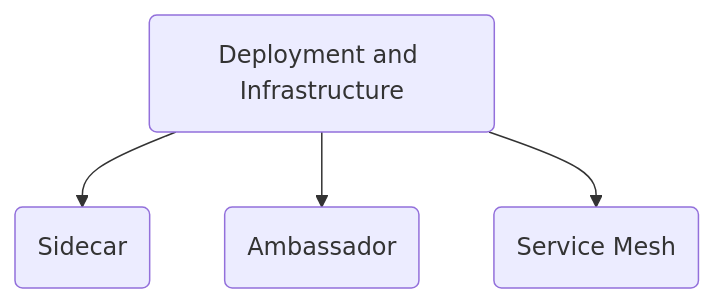
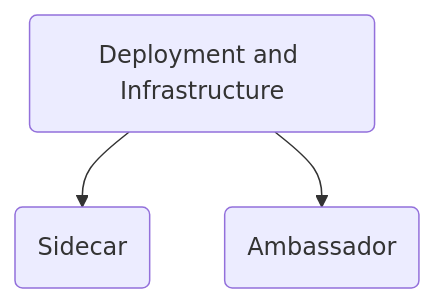
Diagram 24 of 26 in software-architecture/design-patterns/posa.md (bmeurant/technical-docs), drawn with Mermaid before and after one commit. The commit also changed other lines of this file and 4 other files, not shown here.

Commit message:
docs(software-architecture): add Service Mesh and move it from posa

````diff
--- a/software-architecture/design-patterns/posa.md
+++ b/software-architecture/design-patterns/posa.md
@@ -778,7 +778,6 @@
 ```mermaid
 graph TD
     A2_E(Deployment and Infrastructure);
     A2_E --> E1(Sidecar);
     A2_E --> E2(Ambassador);
-    A2_E --> E3(Service Mesh);
 ```
````
